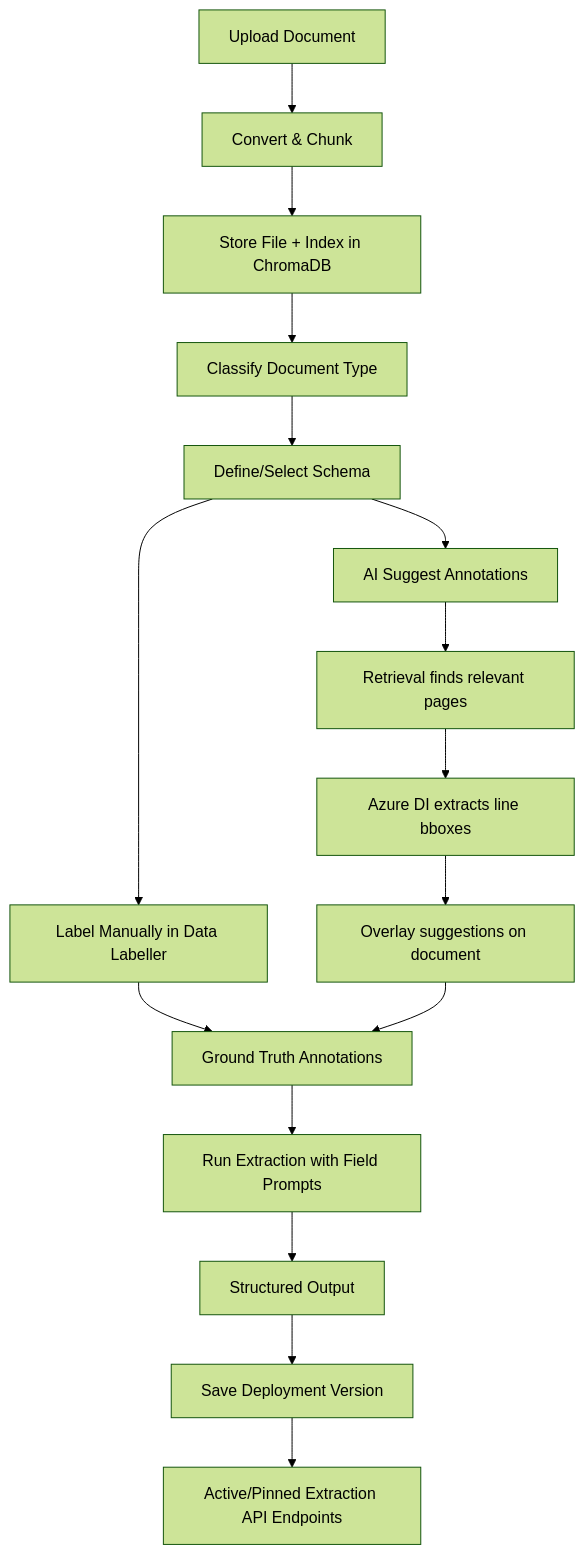
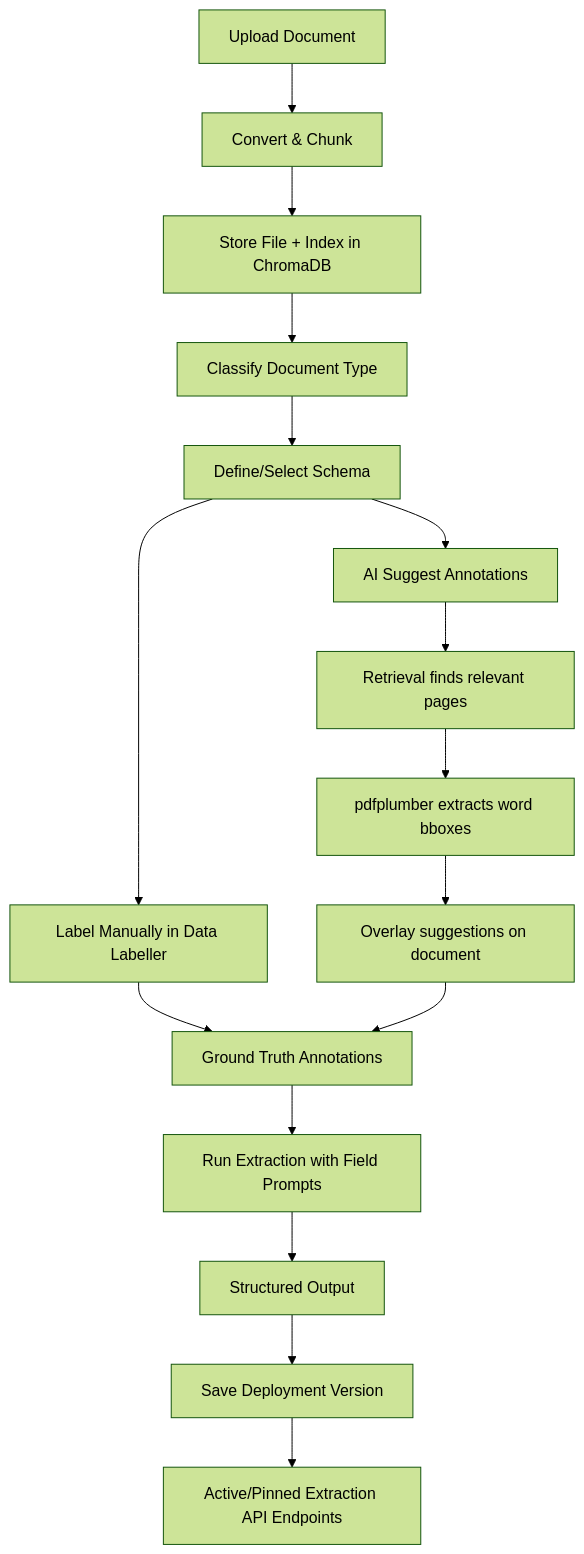
Before and after one commit to Matthew-Booth-Py/data-labeller: the second of 2 diagrams in README.md, drawn with Mermaid (forest theme). The commit also changed other lines of this file and 25 other files, not shown here.

````diff
--- a/README.md
+++ b/README.md
@@ -66,18 +66,18 @@
 ```mermaid
 flowchart TD
     A[Upload Document] --> B[Convert & Chunk]
     B --> C[Store File + Index in ChromaDB]
     C --> D[Classify Document Type]
     D --> E[Define/Select Schema]
     E --> F1[Label Manually in Data Labeller]
     E --> F2[AI Suggest Annotations]
     F2 --> F2a[Retrieval finds relevant pages]
-    F2a --> F2b[Azure DI extracts line bboxes]
+    F2a --> F2b[pdfplumber extracts word bboxes]
     F2b --> F2c[Overlay suggestions on document]
     F1 --> G[Ground Truth Annotations]
     F2c --> G
     G --> H[Run Extraction with Field Prompts]
     H --> I[Structured Output]
     I --> J[Save Deployment Version]
     J --> K[Active/Pinned Extraction API Endpoints]
 ```
````
